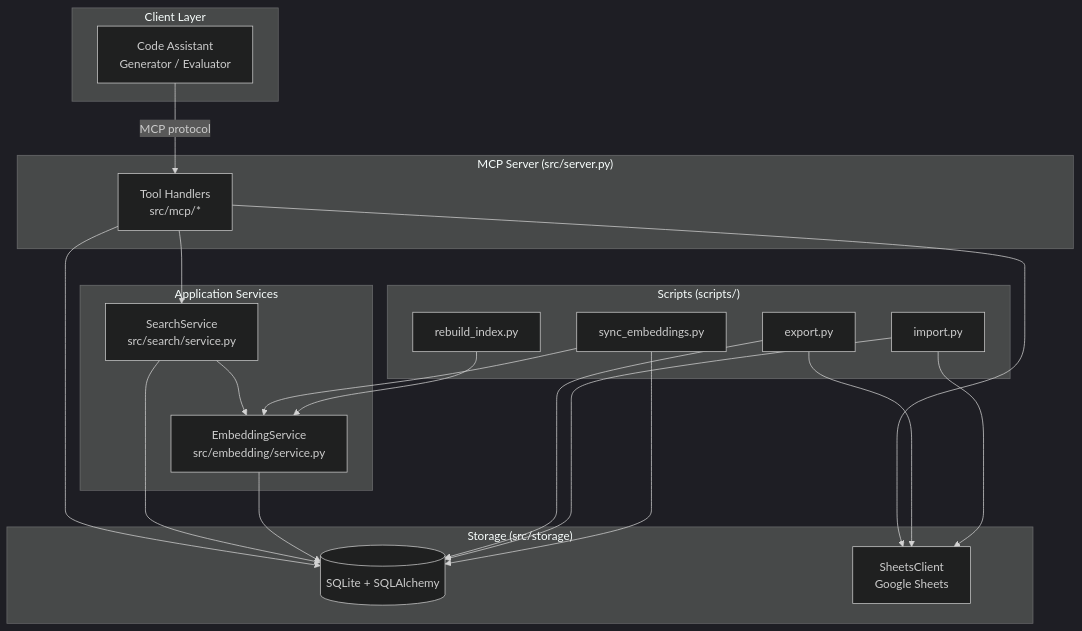
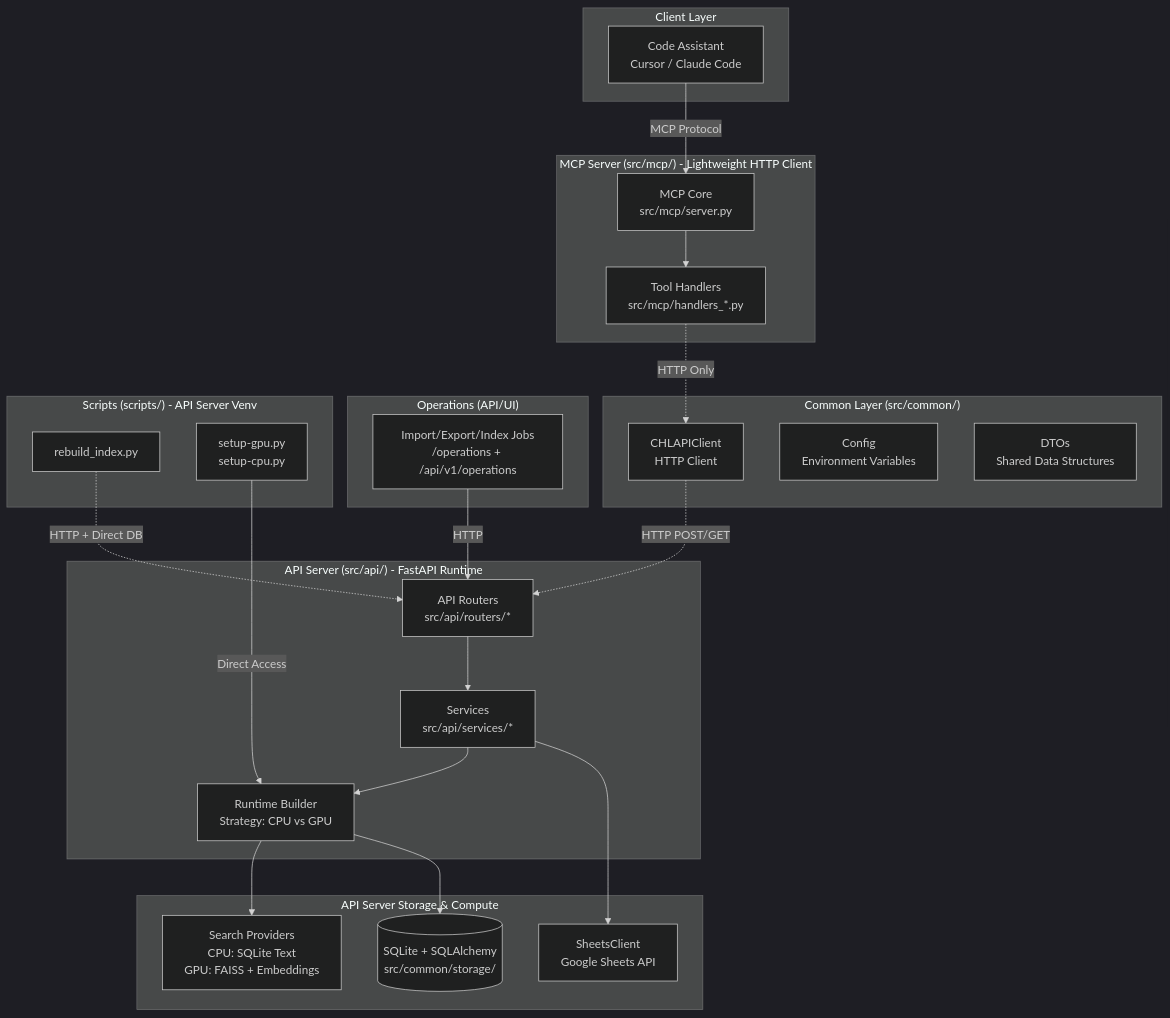
The first of 4 diagrams in doc/architecture.md (tyouritsugun/curated-heuristic-loop), drawn with Mermaid (dark theme) before and after one commit. The commit also changed other lines of this file and 143 other files, not shown here.

````diff
--- a/doc/architecture.md
+++ b/doc/architecture.md
@@ -9,42 +11,51 @@
 ```mermaid
 graph TB
     subgraph "Client Layer"
-        CA[Code Assistant<br/>Generator / Evaluator]
+        CA[Code Assistant<br/>Cursor / Claude Code]
     end
 
-    subgraph "MCP Server (src/server.py)"
-        HNDL[Tool Handlers<br/>src/mcp/*]
+    subgraph "MCP Server (src/mcp/) - Lightweight HTTP Client"
+        MCPCORE[MCP Core<br/>src/mcp/server.py]
+        HNDL[Tool Handlers<br/>src/mcp/handlers_*.py]
     end
 
-    subgraph "Application Services"
-        SRCH[SearchService<br/>src/search/service.py]
-        EMB[EmbeddingService<br/>src/embedding/service.py]
+    subgraph "API Server (src/api/) - FastAPI Runtime"
+        ROUTERS[API Routers<br/>src/api/routers/*]
+        SRVCS[Services<br/>src/api/services/*]
+        RUNTIME[Runtime Builder<br/>Strategy: CPU vs GPU]
     end
 
-    subgraph "Storage (src/storage)"
-        DB[(SQLite + SQLAlchemy)]
-        SHEETS[SheetsClient<br/>Google Sheets]
+    subgraph "Common Layer (src/common/)"
+        APICLIENT[CHLAPIClient<br/>HTTP Client]
+        CONFIG[Config<br/>Environment Variables]
+        DTO[DTOs<br/>Shared Data Structures]
     end
 
-    subgraph "Scripts (scripts/)"
-        EXPORT[export.py]
-        IMPORT[import.py]
-        SYNC[sync_embeddings.py]
-        REBUILD[rebuild_index.py]
+    subgraph "API Server Storage & Compute"
+        DB[(SQLite + SQLAlchemy<br/>src/common/storage/)]
+        SHEETS[SheetsClient<br/>Google Sheets API]
+        SEARCH[Search Providers<br/>CPU: SQLite Text<br/>GPU: FAISS + Embeddings]
     end
 
-    CA -->|MCP protocol| HNDL
-    HNDL --> SRCH
-    HNDL --> DB
-    SRCH --> DB
-    SRCH --> EMB
-    EMB --> DB
-    HNDL --> SHEETS
-    EXPORT --> DB
-    EXPORT --> SHEETS
-    IMPORT --> DB
-    IMPORT --> SHEETS
-    SYNC --> DB
-    SYNC --> EMB
-    REBUILD --> EMB
+    subgraph "Operations (API/UI)"
+        OPS[Import/Export/Index Jobs<br/>/operations + /api/v1/operations]
+    end
+
+    subgraph "Scripts (scripts/) - API Server Venv"
+        REBUILD[rebuild_index.py]
+        SETUP[setup-gpu.py<br/>setup-cpu.py]
+    end
+
+    CA -->|MCP Protocol| MCPCORE
+    MCPCORE --> HNDL
+    HNDL -.->|HTTP Only| APICLIENT
+    APICLIENT -.->|HTTP POST/GET| ROUTERS
+    ROUTERS --> SRVCS
+    SRVCS --> RUNTIME
+    RUNTIME --> SEARCH
+    RUNTIME --> DB
+    SRVCS --> SHEETS
+    OPS -->|HTTP| ROUTERS
+    REBUILD -.->|HTTP + Direct DB| ROUTERS
+    SETUP -->|Direct Access| RUNTIME
 ```
````
